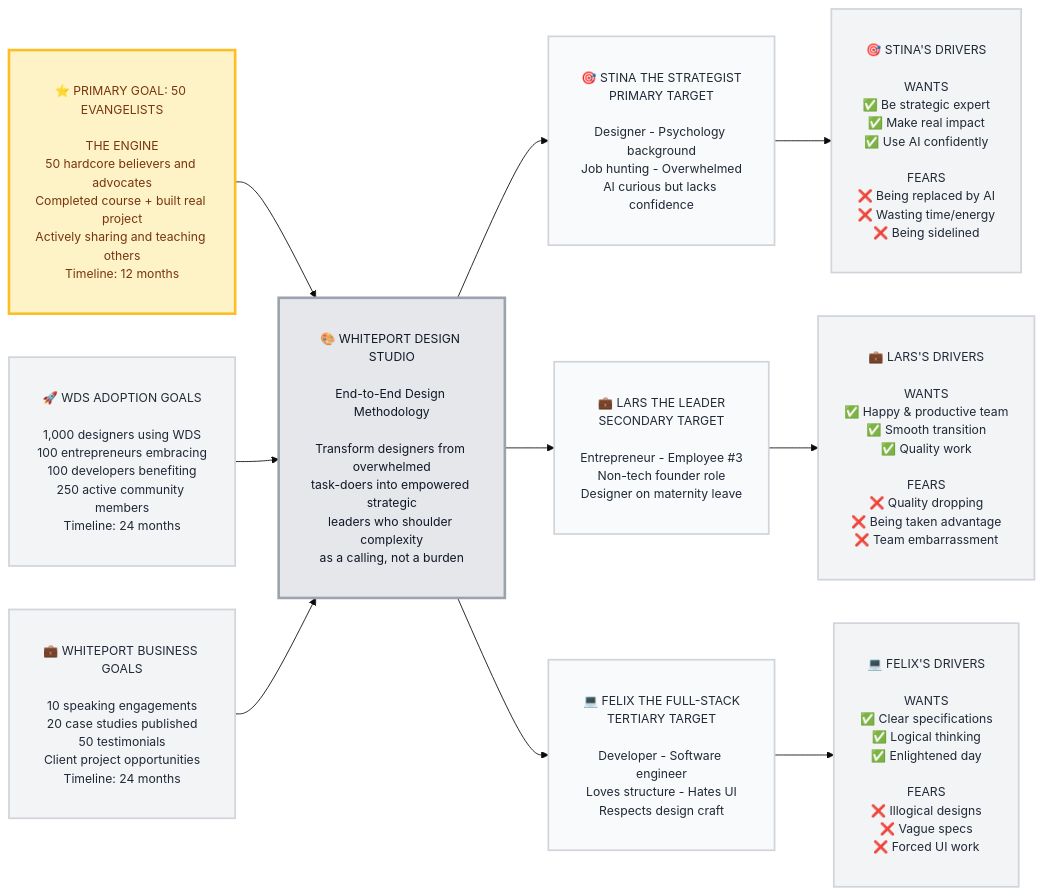
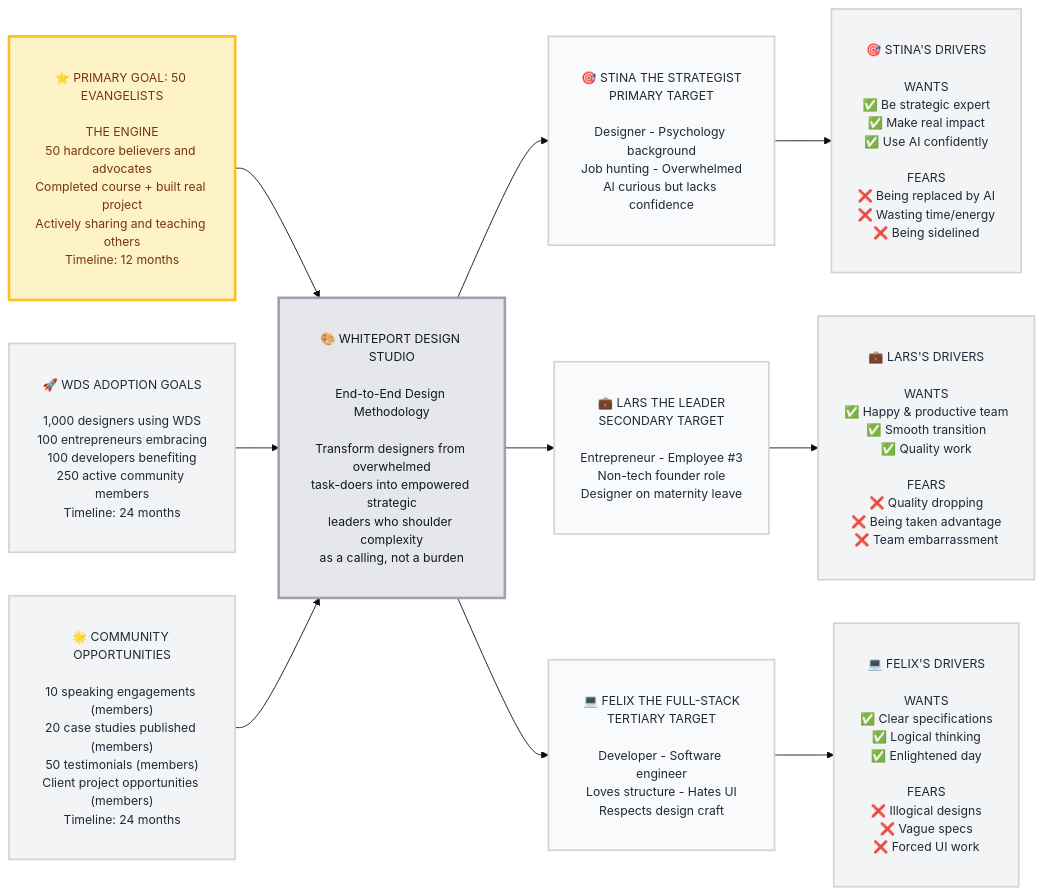
One commit to bmad-code-org/BMAD-METHOD changed the second of 2 diagrams in src/modules/wds/examples/WDS-Presentation/docs/2-trigger-map/00-trigger-map-poster.md. Above: the diagram before and after it, drawn with Mermaid. The commit also changed other lines of this file, not shown here.

First line of the commit message:
feat(wds): Revise trigger map to emphasize community opportunities for members

````diff
--- a/src/modules/wds/examples/WDS-Presentation/docs/2-trigger-map/00-trigger-map-poster.md
+++ b/src/modules/wds/examples/WDS-Presentation/docs/2-trigger-map/00-trigger-map-poster.md
@@ -239,47 +254,47 @@
 ```mermaid
 %%{init: {'theme':'base', 'themeVariables': { 'fontFamily':'Inter, system-ui, sans-serif', 'fontSize':'14px'}}}%%
 flowchart LR
     %% Business Goals (Left)
     BG0["<br/>⭐ PRIMARY GOAL: 50 EVANGELISTS<br/><br/>THE ENGINE<br/>50 hardcore believers and advocates<br/>Completed course + built real project<br/>Actively sharing and teaching others<br/>Timeline: 12 months<br/><br/>"]
     BG1["<br/>🚀 WDS ADOPTION GOALS<br/><br/>1,000 designers using WDS<br/>100 entrepreneurs embracing<br/>100 developers benefiting<br/>250 active community members<br/>Timeline: 24 months<br/><br/>"]
-    BG2["<br/>💼 WHITEPORT BUSINESS GOALS<br/><br/>10 speaking engagements<br/>20 case studies published<br/>50 testimonials<br/>Client project opportunities<br/>Timeline: 24 months<br/><br/>"]
+    BG2["<br/>🌟 COMMUNITY OPPORTUNITIES<br/><br/>10 speaking engagements (members)<br/>20 case studies published (members)<br/>50 testimonials (members)<br/>Client project opportunities (members)<br/>Timeline: 24 months<br/><br/>"]
     
     %% Central Platform
     PLATFORM["<br/>🎨 WHITEPORT DESIGN STUDIO<br/><br/>End-to-End Design Methodology<br/><br/>Transform designers from overwhelmed<br/>task-doers into empowered strategic<br/>leaders who shoulder complexity<br/>as a calling, not a burden<br/><br/>"]
     
     %% Target Groups (Right)
     TG0["<br/>🎯 STINA THE STRATEGIST<br/>PRIMARY TARGET<br/><br/>Designer - Psychology background<br/>Job hunting - Overwhelmed<br/>AI curious but lacks confidence<br/><br/>"]
     TG1["<br/>💼 LARS THE LEADER<br/>SECONDARY TARGET<br/><br/>Entrepreneur - Employee #3<br/>Non-tech founder role<br/>Designer on maternity leave<br/><br/>"]
     TG2["<br/>💻 FELIX THE FULL-STACK<br/>TERTIARY TARGET<br/><br/>Developer - Software engineer<br/>Loves structure - Hates UI<br/>Respects design craft<br/><br/>"]
     
     %% Driving Forces (Far Right)
     DF0["<br/>🎯 STINA'S DRIVERS<br/><br/>WANTS<br/>✅ Be strategic expert<br/>✅ Make real impact<br/>✅ Use AI confidently<br/><br/>FEARS<br/>❌ Being replaced by AI<br/>❌ Wasting time/energy<br/>❌ Being sidelined<br/><br/>"]
     
     DF1["<br/>💼 LARS'S DRIVERS<br/><br/>WANTS<br/>✅ Happy & productive team<br/>✅ Smooth transition<br/>✅ Quality work<br/><br/>FEARS<br/>❌ Quality dropping<br/>❌ Being taken advantage<br/>❌ Team embarrassment<br/><br/>"]
     
     DF2["<br/>💻 FELIX'S DRIVERS<br/><br/>WANTS<br/>✅ Clear specifications<br/>✅ Logical thinking<br/>✅ Enlightened day<br/><br/>FEARS<br/>❌ Illogical designs<br/>❌ Vague specs<br/>❌ Forced UI work<br/><br/>"]
     
     %% Connections
     BG0 --> PLATFORM
     BG1 --> PLATFORM
     BG2 --> PLATFORM
     PLATFORM --> TG0
     PLATFORM --> TG1
     PLATFORM --> TG2
     TG0 --> DF0
     TG1 --> DF1
     TG2 --> DF2
 
     %% Light Gray Styling with Dark Text + Gold Primary Goal
     classDef primaryGoal fill:#fef3c7,color:#78350f,stroke:#fbbf24,stroke-width:3px
     classDef businessGoal fill:#f3f4f6,color:#1f2937,stroke:#d1d5db,stroke-width:2px
     classDef platform fill:#e5e7eb,color:#111827,stroke:#9ca3af,stroke-width:3px
     classDef targetGroup fill:#f9fafb,color:#1f2937,stroke:#d1d5db,stroke-width:2px
     classDef drivingForces fill:#f3f4f6,color:#1f2937,stroke:#d1d5db,stroke-width:2px
     
     class BG0 primaryGoal
     class BG1,BG2 businessGoal
     class PLATFORM platform
     class TG0,TG1,TG2 targetGroup
     class DF0,DF1,DF2 drivingForces
 ```
````
